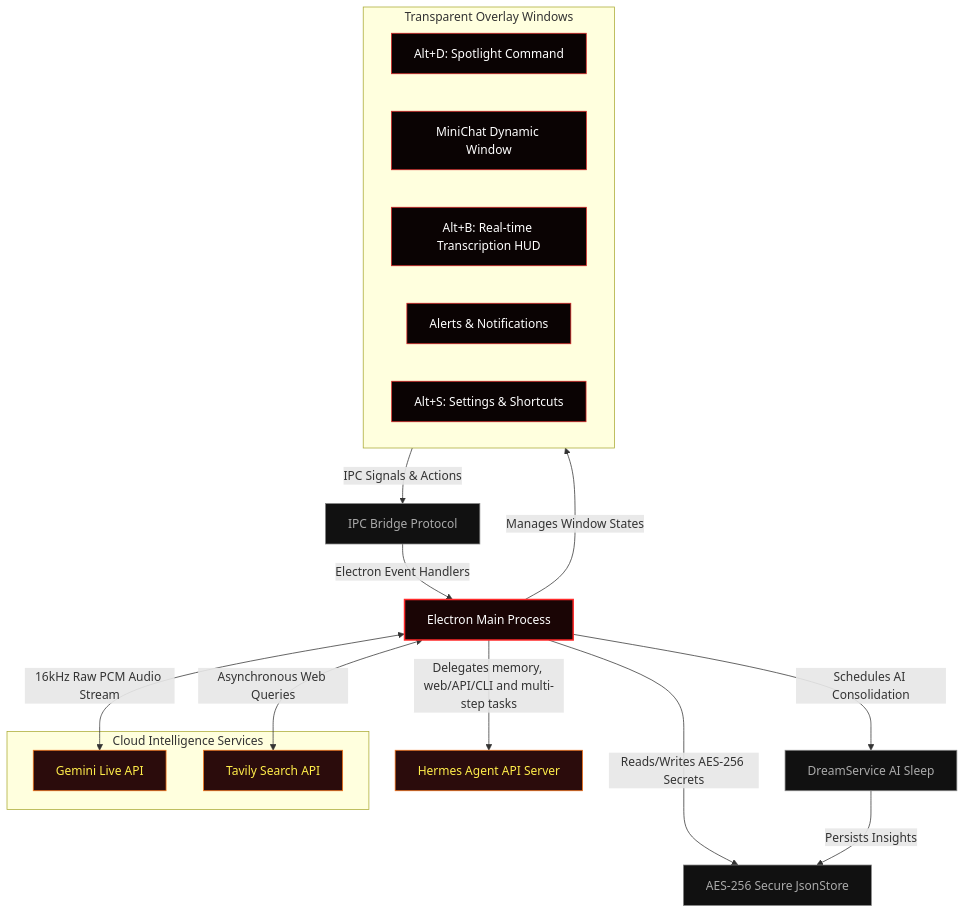
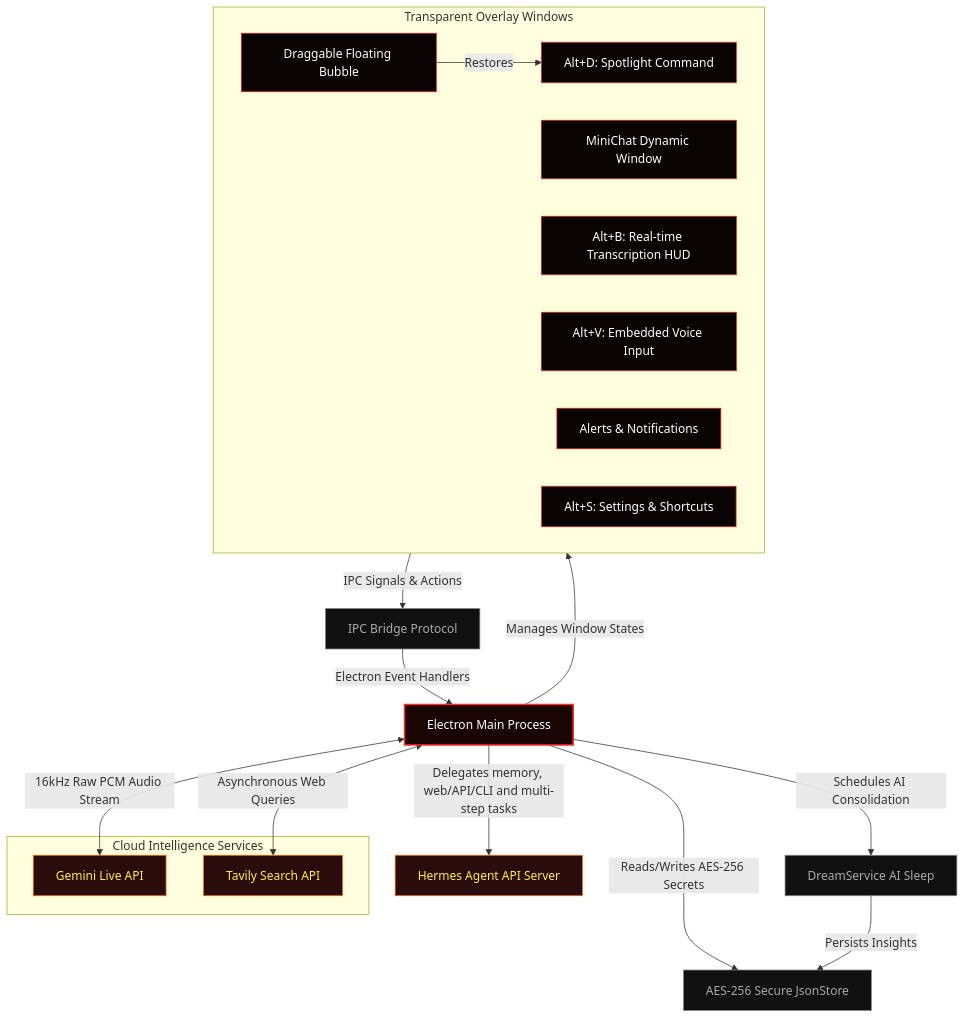
One commit to fbsis/hades-agent changed the diagram in README.md. Above: the diagram before and after it, drawn with Mermaid. The commit also changed other lines of this file, not shown here.

````diff
--- a/README.md
+++ b/README.md
@@ -158,38 +170,41 @@
 ```mermaid
 graph TD
     classDef main fill:#1a0505,stroke:#ff2a2a,stroke-width:2px,color:#fff;
     classDef float fill:#0a0303,stroke:#dc2626,stroke-width:1px,color:#fff;
     classDef service fill:#111,stroke:#888,stroke-width:1px,color:#aaa;
     classDef external fill:#2b0c0c,stroke:#f97316,stroke-width:1px,color:#ffed4a;
 
     Main[Electron Main Process]:::main
     
     subgraph UI_Layers [Transparent Overlay Windows]
         CommandBar[Alt+D: Spotlight Command]:::float
         MiniChat[MiniChat Dynamic Window]:::float
         Susurro[Alt+B: Real-time Transcription HUD]:::float
+        Voice[Alt+V: Embedded Voice Input]:::float
+        Bubble[Draggable Floating Bubble]:::float
         Notification[Alerts & Notifications]:::float
         Settings[Alt+S: Settings & Shortcuts]:::float
     end
     
     SSoT[IPC Bridge Protocol]:::service
     Store[AES-256 Secure JsonStore]:::service
     Dream[DreamService AI Sleep]:::service
     Hermes[Hermes Agent API Server]:::external
     
     subgraph Cloud_APIs [Cloud Intelligence Services]
         Gemini[Gemini Live API]:::external
         Tavily[Tavily Search API]:::external
     end
 
     Main -->|Manages Window States| UI_Layers
+    Bubble -->|Restores| CommandBar
     UI_Layers -->|IPC Signals & Actions| SSoT
     SSoT -->|Electron Event Handlers| Main
     Main -->|Reads/Writes AES-256 Secrets| Store
     Main -->|Schedules AI Consolidation| Dream
     Dream -->|Persists Insights| Store
     Main -->|Delegates memory, web/API/CLI and multi-step tasks| Hermes
     
     Main <-->|16kHz Raw PCM Audio Stream| Gemini
     Main <-->|Asynchronous Web Queries| Tavily
 ```
````
